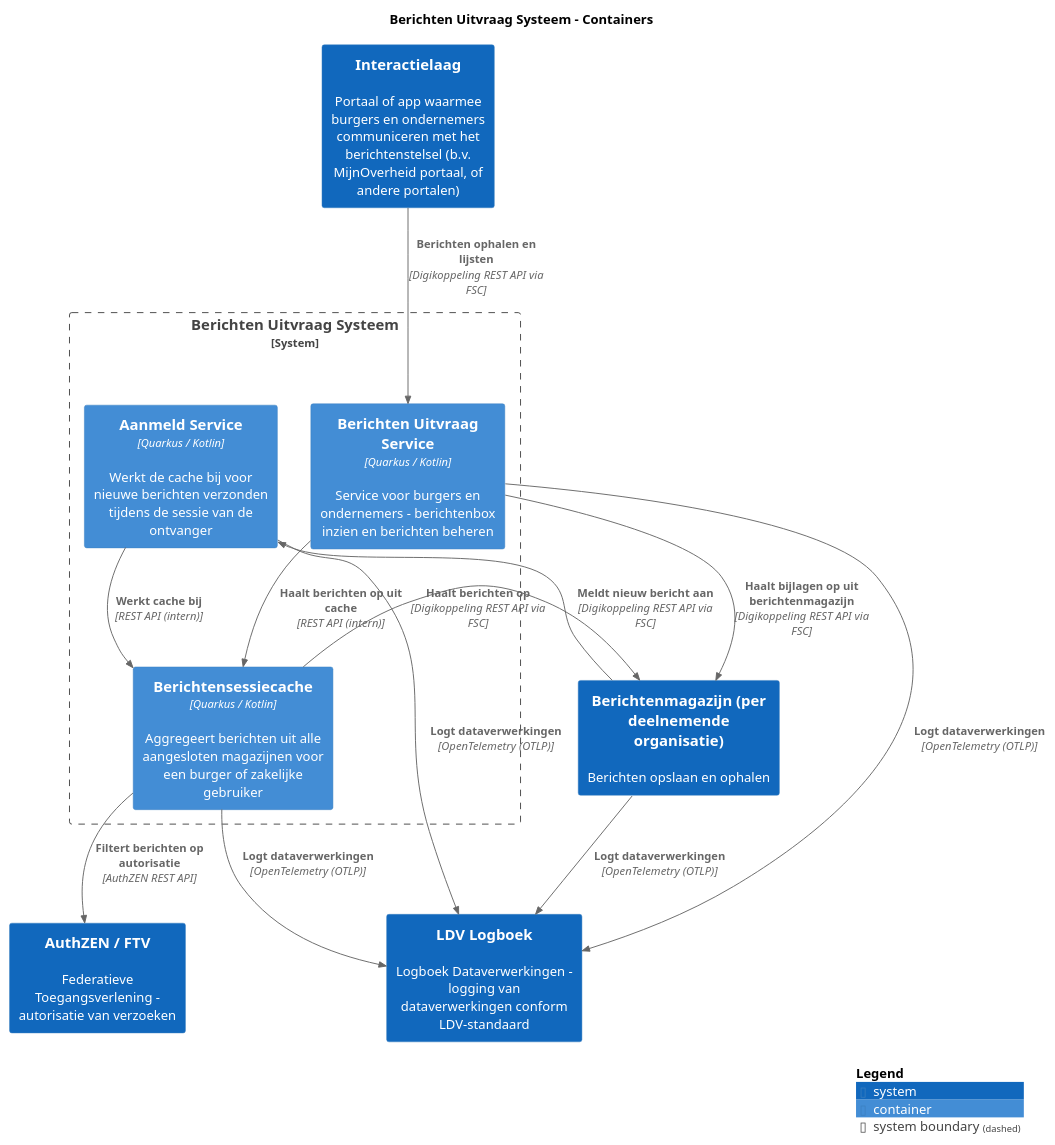
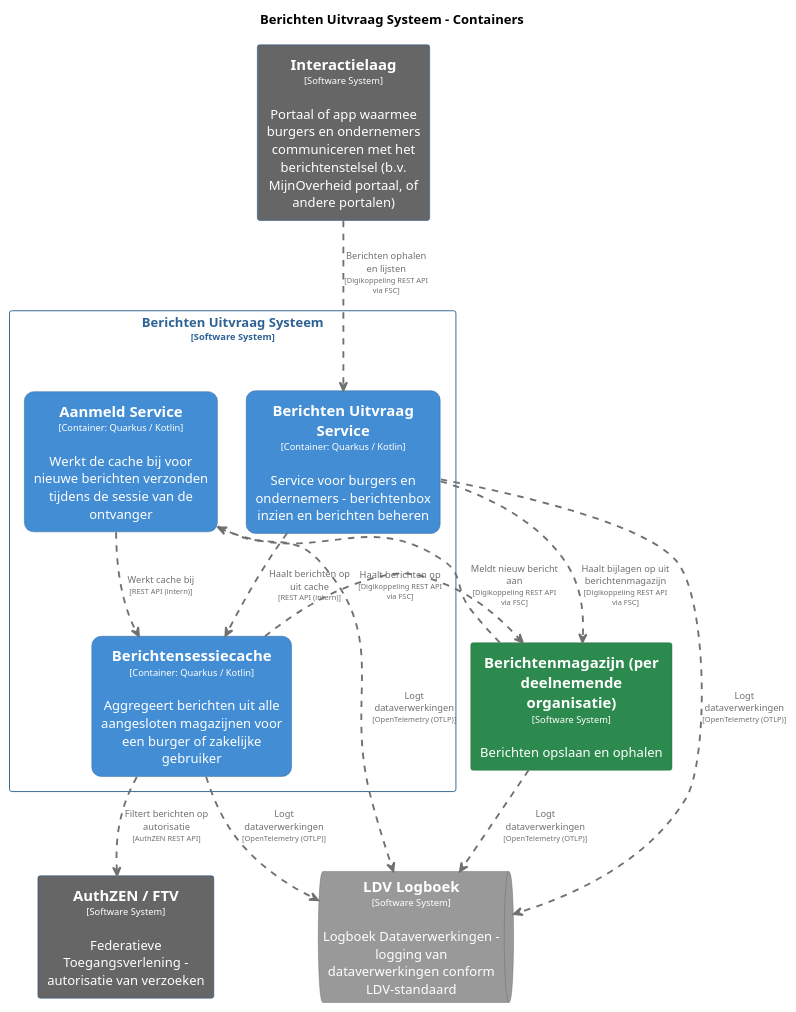
One commit to MinBZK/moza-poc-fbs-berichtenbox changed the diagram in master/puml/BerichtenUitvraagSysteemContainers.puml. Above: the diagram before and after it, drawn with PlantUML. The commit also changed 45 other files, not shown here.

```diff
--- a/master/puml/BerichtenUitvraagSysteemContainers.puml
+++ b/master/puml/BerichtenUitvraagSysteemContainers.puml
@@ -1,35 +1,91 @@
 @startuml
 set separator none
 title Berichten Uitvraag Systeem - Containers
 
 top to bottom direction
+skinparam ranksep 60
+skinparam nodesep 30
 
-!include <C4/C4>
-!include <C4/C4_Context>
-!include <C4/C4_Container>
-
-System(AuthZENFTV, "AuthZEN / FTV", $descr="Federatieve Toegangsverlening - autorisatie van verzoeken", $tags="", $link="")
-System(Interactielaag, "Interactielaag", $descr="Portaal of app waarmee burgers en ondernemers communiceren met het berichtenstelsel (b.v. MijnOverheid portaal, of andere portalen)", $tags="", $link="")
-System(Berichtenmagazijnperdeelnemendeorganisatie, "Berichtenmagazijn (per deelnemende organisatie)", $descr="Berichten opslaan en ophalen", $tags="", $link="")
-System(LDVLogboek, "LDV Logboek", $descr="Logboek Dataverwerkingen - logging van dataverwerkingen conform LDV-standaard", $tags="", $link="")
-
-System_Boundary("BerichtenUitvraagSysteem_boundary", "Berichten Uitvraag Systeem", $tags="") {
-  Container(BerichtenUitvraagSysteem.Berichtensessiecache, "Berichtensessiecache", $techn="Quarkus / Kotlin", $descr="Aggregeert berichten uit alle aangesloten magazijnen voor een burger of zakelijke gebruiker", $tags="", $link="")
-  Container(BerichtenUitvraagSysteem.BerichtenUitvraagService, "Berichten Uitvraag Service", $techn="Quarkus / Kotlin", $descr="Service voor burgers en ondernemers - berichtenbox inzien en berichten beheren", $tags="", $link="")
-  Container(BerichtenUitvraagSysteem.AanmeldService, "Aanmeld Service", $techn="Quarkus / Kotlin", $descr="Werkt de cache bij voor nieuwe berichten verzonden tijdens de sessie van de ontvanger", $tags="", $link="")
+skinparam {
+  arrowFontSize 10
+  defaultTextAlignment center
+  wrapWidth 200
+  maxMessageSize 100
 }
 
-Rel(BerichtenUitvraagSysteem.Berichtensessiecache, LDVLogboek, "Logt dataverwerkingen", $techn="OpenTelemetry (OTLP)", $tags="", $link="")
-Rel(BerichtenUitvraagSysteem.AanmeldService, LDVLogboek, "Logt dataverwerkingen", $techn="OpenTelemetry (OTLP)", $tags="", $link="")
-Rel(BerichtenUitvraagSysteem.BerichtenUitvraagService, LDVLogboek, "Logt dataverwerkingen", $techn="OpenTelemetry (OTLP)", $tags="", $link="")
-Rel(BerichtenUitvraagSysteem.AanmeldService, BerichtenUitvraagSysteem.Berichtensessiecache, "Werkt cache bij", $techn="REST API (intern)", $tags="", $link="")
-Rel(BerichtenUitvraagSysteem.BerichtenUitvraagService, BerichtenUitvraagSysteem.Berichtensessiecache, "Haalt berichten op uit cache", $techn="REST API (intern)", $tags="", $link="")
-Rel(Interactielaag, BerichtenUitvraagSysteem.BerichtenUitvraagService, "Berichten ophalen en lijsten", $techn="Digikoppeling REST API via FSC", $tags="", $link="")
-Rel(BerichtenUitvraagSysteem.BerichtenUitvraagService, Berichtenmagazijnperdeelnemendeorganisatie, "Haalt bijlagen op uit berichtenmagazijn", $techn="Digikoppeling REST API via FSC", $tags="", $link="")
-Rel(Berichtenmagazijnperdeelnemendeorganisatie, BerichtenUitvraagSysteem.AanmeldService, "Meldt nieuw bericht aan", $techn="Digikoppeling REST API via FSC", $tags="", $link="")
-Rel(BerichtenUitvraagSysteem.Berichtensessiecache, AuthZENFTV, "Filtert berichten op autorisatie", $techn="AuthZEN REST API", $tags="", $link="")
-Rel(BerichtenUitvraagSysteem.Berichtensessiecache, Berichtenmagazijnperdeelnemendeorganisatie, "Haalt berichten op", $techn="Digikoppeling REST API via FSC", $tags="", $link="")
-Rel(Berichtenmagazijnperdeelnemendeorganisatie, LDVLogboek, "Logt dataverwerkingen", $techn="OpenTelemetry (OTLP)", $tags="", $link="")
+hide stereotype
 
-SHOW_LEGEND(true)
+skinparam rectangle<<BerichtenUitvraagSysteem.AanmeldService>> {
+  BackgroundColor #438dd5
+  FontColor #ffffff
+  BorderColor #2e6295
+  roundCorner 20
+  shadowing false
+}
+skinparam rectangle<<AuthZENFTV>> {
+  BackgroundColor #666666
+  FontColor #ffffff
+  BorderColor #0b4884
+  shadowing false
+}
+skinparam rectangle<<BerichtenUitvraagSysteem.BerichtenUitvraagService>> {
+  BackgroundColor #438dd5
+  FontColor #ffffff
+  BorderColor #2e6295
+  roundCorner 20
+  shadowing false
+}
+skinparam rectangle<<Berichtenmagazijnperdeelnemendeorganisatie>> {
+  BackgroundColor #2d8a4e
+  FontColor #ffffff
+  BorderColor #1e6b38
+  shadowing false
+}
+skinparam rectangle<<BerichtenUitvraagSysteem.Berichtensessiecache>> {
+  BackgroundColor #438dd5
+  FontColor #ffffff
+  BorderColor #2e6295
+  roundCorner 20
+  shadowing false
+}
+skinparam rectangle<<Interactielaag>> {
+  BackgroundColor #666666
+  FontColor #ffffff
+  BorderColor #0b4884
+  shadowing false
+}
+skinparam queue<<LDVLogboek>> {
+  BackgroundColor #999999
+  FontColor #ffffff
+  BorderColor #6b6b6b
+  shadowing false
+}
+skinparam rectangle<<BerichtenUitvraagSysteem>> {
+  BorderColor #2e6295
+  FontColor #2e6295
+  shadowing false
+}
+
+rectangle "==AuthZEN / FTV\n<size:10>[Software System]</size>\n\nFederatieve Toegangsverlening - autorisatie van verzoeken" <<AuthZENFTV>> as AuthZENFTV
+rectangle "==Interactielaag\n<size:10>[Software System]</size>\n\nPortaal of app waarmee burgers en ondernemers communiceren met het berichtenstelsel (b.v. MijnOverheid portaal, of andere portalen)" <<Interactielaag>> as Interactielaag
+rectangle "==Berichtenmagazijn (per deelnemende organisatie)\n<size:10>[Software System]</size>\n\nBerichten opslaan en ophalen" <<Berichtenmagazijnperdeelnemendeorganisatie>> as Berichtenmagazijnperdeelnemendeorganisatie
+queue "==LDV Logboek\n<size:10>[Software System]</size>\n\nLogboek Dataverwerkingen - logging van dataverwerkingen conform LDV-standaard" <<LDVLogboek>> as LDVLogboek
+
+rectangle "Berichten Uitvraag Systeem\n<size:10>[Software System]</size>" <<BerichtenUitvraagSysteem>> {
+  rectangle "==Berichtensessiecache\n<size:10>[Container: Quarkus / Kotlin]</size>\n\nAggregeert berichten uit alle aangesloten magazijnen voor een burger of zakelijke gebruiker" <<BerichtenUitvraagSysteem.Berichtensessiecache>> as BerichtenUitvraagSysteem.Berichtensessiecache
+  rectangle "==Berichten Uitvraag Service\n<size:10>[Container: Quarkus / Kotlin]</size>\n\nService voor burgers en ondernemers - berichtenbox inzien en berichten beheren" <<BerichtenUitvraagSysteem.BerichtenUitvraagService>> as BerichtenUitvraagSysteem.BerichtenUitvraagService
+  rectangle "==Aanmeld Service\n<size:10>[Container: Quarkus / Kotlin]</size>\n\nWerkt de cache bij voor nieuwe berichten verzonden tijdens de sessie van de ontvanger" <<BerichtenUitvraagSysteem.AanmeldService>> as BerichtenUitvraagSysteem.AanmeldService
+}
+
+BerichtenUitvraagSysteem.Berichtensessiecache .[#707070,thickness=2].> LDVLogboek : "<color:#707070>Logt dataverwerkingen\n<color:#707070><size:8>[OpenTelemetry (OTLP)]</size>"
+BerichtenUitvraagSysteem.AanmeldService .[#707070,thickness=2].> LDVLogboek : "<color:#707070>Logt dataverwerkingen\n<color:#707070><size:8>[OpenTelemetry (OTLP)]</size>"
+BerichtenUitvraagSysteem.BerichtenUitvraagService .[#707070,thickness=2].> LDVLogboek : "<color:#707070>Logt dataverwerkingen\n<color:#707070><size:8>[OpenTelemetry (OTLP)]</size>"
+BerichtenUitvraagSysteem.AanmeldService .[#707070,thickness=2].> BerichtenUitvraagSysteem.Berichtensessiecache : "<color:#707070>Werkt cache bij\n<color:#707070><size:8>[REST API (intern)]</size>"
+BerichtenUitvraagSysteem.BerichtenUitvraagService .[#707070,thickness=2].> BerichtenUitvraagSysteem.Berichtensessiecache : "<color:#707070>Haalt berichten op uit cache\n<color:#707070><size:8>[REST API (intern)]</size>"
+Interactielaag .[#707070,thickness=2].> BerichtenUitvraagSysteem.BerichtenUitvraagService : "<color:#707070>Berichten ophalen en lijsten\n<color:#707070><size:8>[Digikoppeling REST API via FSC]</size>"
+BerichtenUitvraagSysteem.BerichtenUitvraagService .[#707070,thickness=2].> Berichtenmagazijnperdeelnemendeorganisatie : "<color:#707070>Haalt bijlagen op uit berichtenmagazijn\n<color:#707070><size:8>[Digikoppeling REST API via FSC]</size>"
+Berichtenmagazijnperdeelnemendeorganisatie .[#707070,thickness=2].> BerichtenUitvraagSysteem.AanmeldService : "<color:#707070>Meldt nieuw bericht aan\n<color:#707070><size:8>[Digikoppeling REST API via FSC]</size>"
+BerichtenUitvraagSysteem.Berichtensessiecache .[#707070,thickness=2].> AuthZENFTV : "<color:#707070>Filtert berichten op autorisatie\n<color:#707070><size:8>[AuthZEN REST API]</size>"
+BerichtenUitvraagSysteem.Berichtensessiecache .[#707070,thickness=2].> Berichtenmagazijnperdeelnemendeorganisatie : "<color:#707070>Haalt berichten op\n<color:#707070><size:8>[Digikoppeling REST API via FSC]</size>"
+Berichtenmagazijnperdeelnemendeorganisatie .[#707070,thickness=2].> LDVLogboek : "<color:#707070>Logt dataverwerkingen\n<color:#707070><size:8>[OpenTelemetry (OTLP)]</size>"
 @enduml
```
